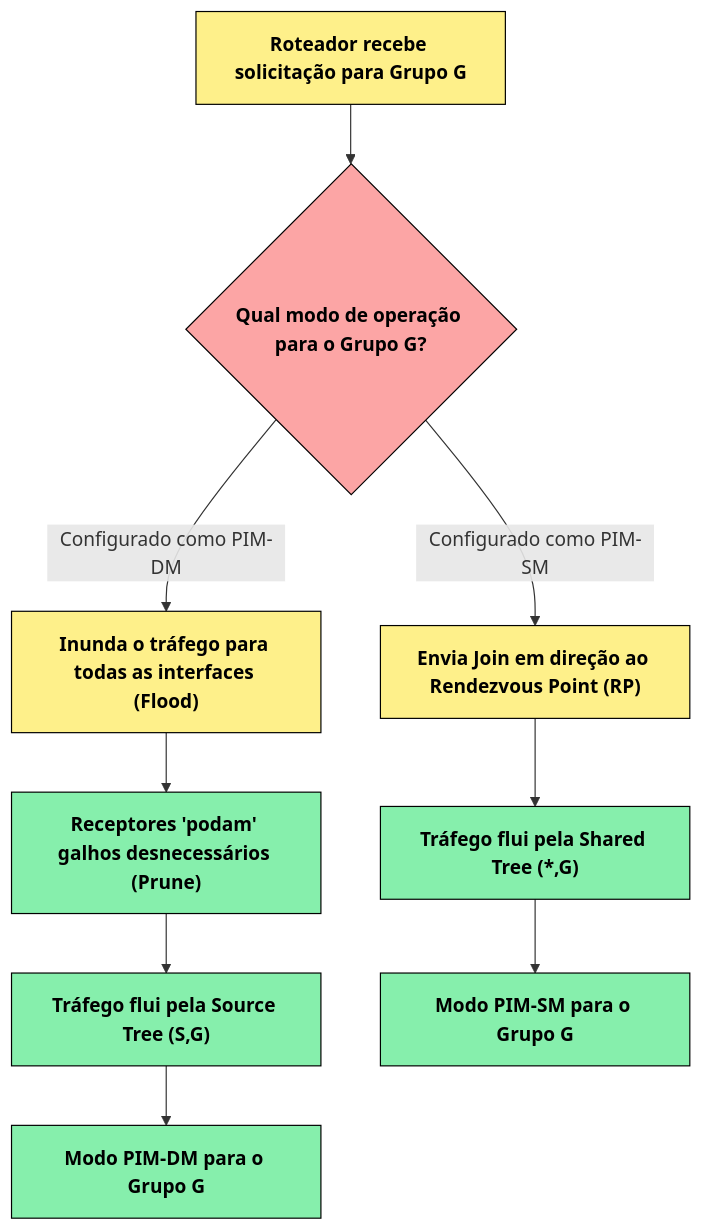
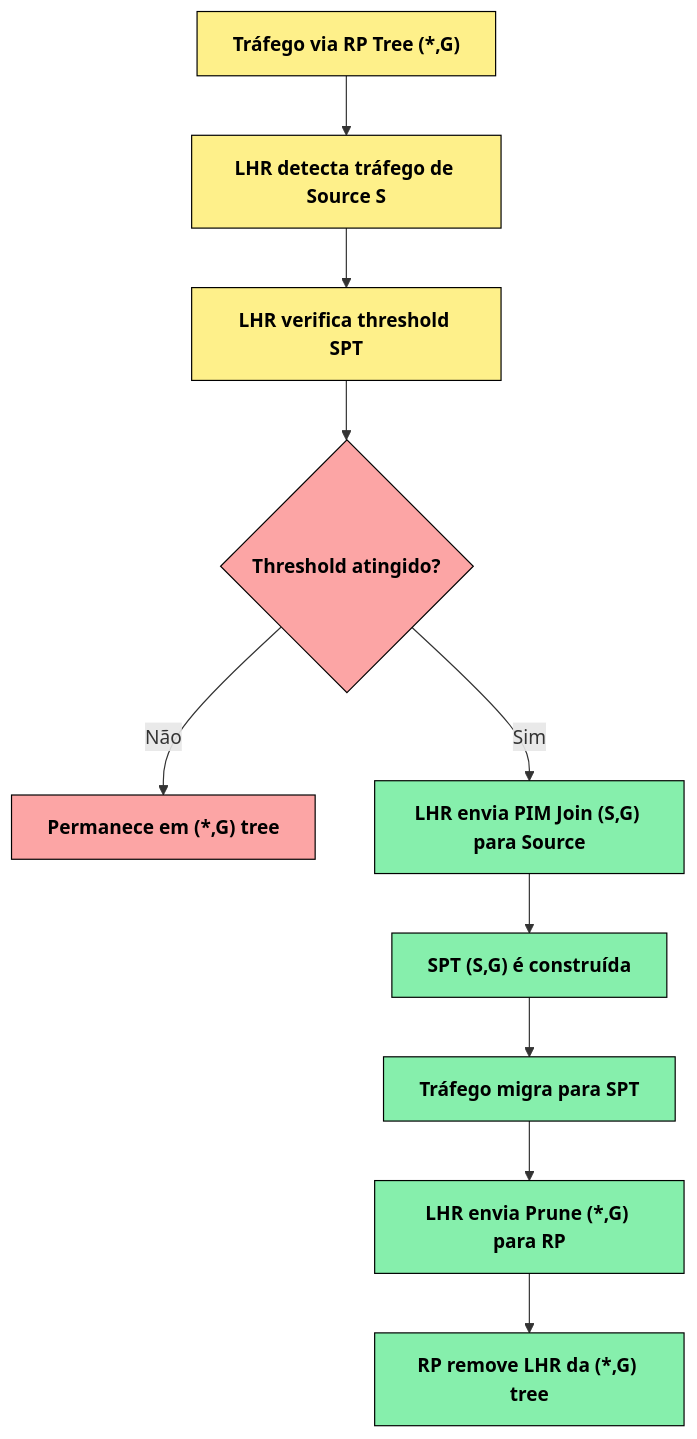
One commit to alcancil/Cisco changed the second of 2 diagrams in CCNP 350-401 ENCOR/03 - Infrastructure/01 - Multicast/04 - PIM - Rendezvous Points/README.md. Above: the diagram before and after it, drawn with Mermaid. The commit also changed other lines of this file, not shown here.

Commit message:
Adicionado a pasta 04 - Pim - Rendezvouz Points.

````diff
--- a/CCNP 350-401 ENCOR/03 - Infrastructure/01 - Multicast/04 - PIM - Rendezvous Points/README.md
+++ b/CCNP 350-401 ENCOR/03 - Infrastructure/01 - Multicast/04 - PIM - Rendezvous Points/README.md
@@ -492,27 +526,23 @@
 ```mermaid
 flowchart TD
-    A["Roteador recebe solicitação para Grupo G"] --> B{"Qual modo de operação para o Grupo G?"}
-    B -- Configurado como PIM-DM --> C["Inunda o tráfego para todas as interfaces (Flood)"]
-    B -- Configurado como PIM-SM --> D["Envia Join em direção ao Rendezvous Point (RP)"]
-    C --> E["Receptores 'podam' galhos desnecessários (Prune)"]
-    E --> F["Tráfego flui pela Source Tree (S,G)"]
-    D --> G["Tráfego flui pela Shared Tree (*,G)"]
-    F --> H["Modo PIM-DM para o Grupo G"]
-    G --> I["Modo PIM-SM para o Grupo G"]
+    A["Tráfego via RP Tree (*,G)"] --> B["LHR detecta tráfego de Source S"]
+    B --> C["LHR verifica threshold SPT"]
+    C --> D{"Threshold atingido?"}
+    D -- Não --> E["Permanece em (*,G) tree"]  
+    D -- Sim --> F["LHR envia PIM Join (S,G) para Source"]
+    F --> G["SPT (S,G) é construída"]
+    G --> H["Tráfego migra para SPT"]
+    H --> I["LHR envia Prune (*,G) para RP"]
+    I --> J["RP remove LHR da (*,G) tree"]
 
-%% Estilos (esquema de cores + negrito)
-%% Amarelo = início, ação de entrada
 style A fill:#fef08a,stroke:#000,stroke-width:1px,color:#000,font-weight:bold
-style B fill:#fca5a5,stroke:#000,stroke-width:1px,color:#000,font-weight:bold
-
-%% Vermelho = ponto de decisão
+style B fill:#fef08a,stroke:#000,stroke-width:1px,color:#000,font-weight:bold  
 style C fill:#fef08a,stroke:#000,stroke-width:1px,color:#000,font-weight:bold
-style D fill:#fef08a,stroke:#000,stroke-width:1px,color:#000,font-weight:bold
-
-%% Verde = fluxo final, comportamento do tráfego
-style E fill:#86efac,stroke:#000,stroke-width:1px,color:#000,font-weight:bold
+style D fill:#fca5a5,stroke:#000,stroke-width:1px,color:#000,font-weight:bold
+style E fill:#fca5a5,stroke:#000,stroke-width:1px,color:#000,font-weight:bold
 style F fill:#86efac,stroke:#000,stroke-width:1px,color:#000,font-weight:bold
 style G fill:#86efac,stroke:#000,stroke-width:1px,color:#000,font-weight:bold
 style H fill:#86efac,stroke:#000,stroke-width:1px,color:#000,font-weight:bold
 style I fill:#86efac,stroke:#000,stroke-width:1px,color:#000,font-weight:bold
+style J fill:#86efac,stroke:#000,stroke-width:1px,color:#000,font-weight:bold
 ```
````
